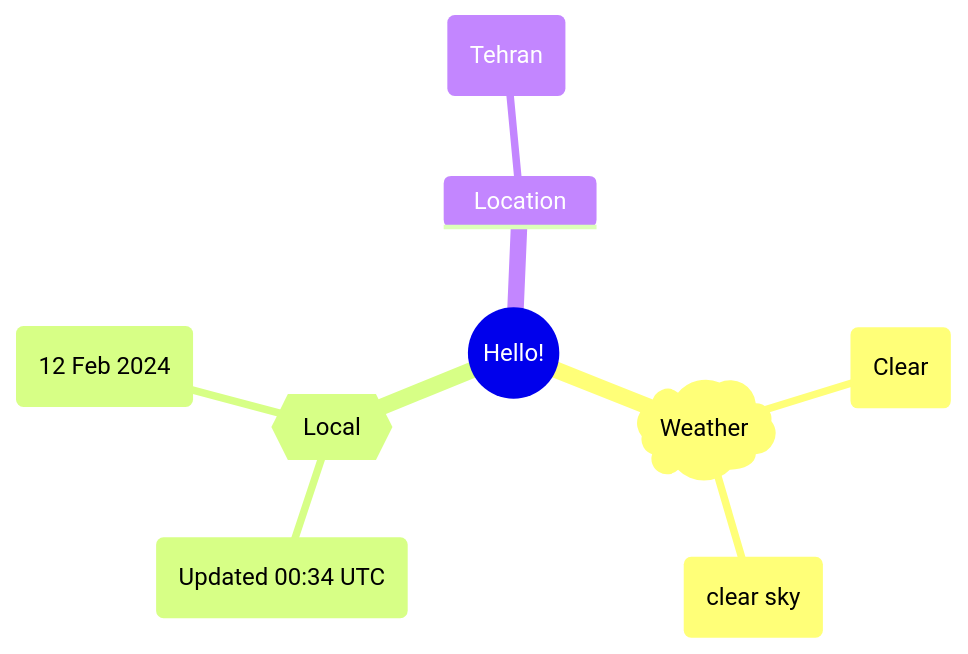
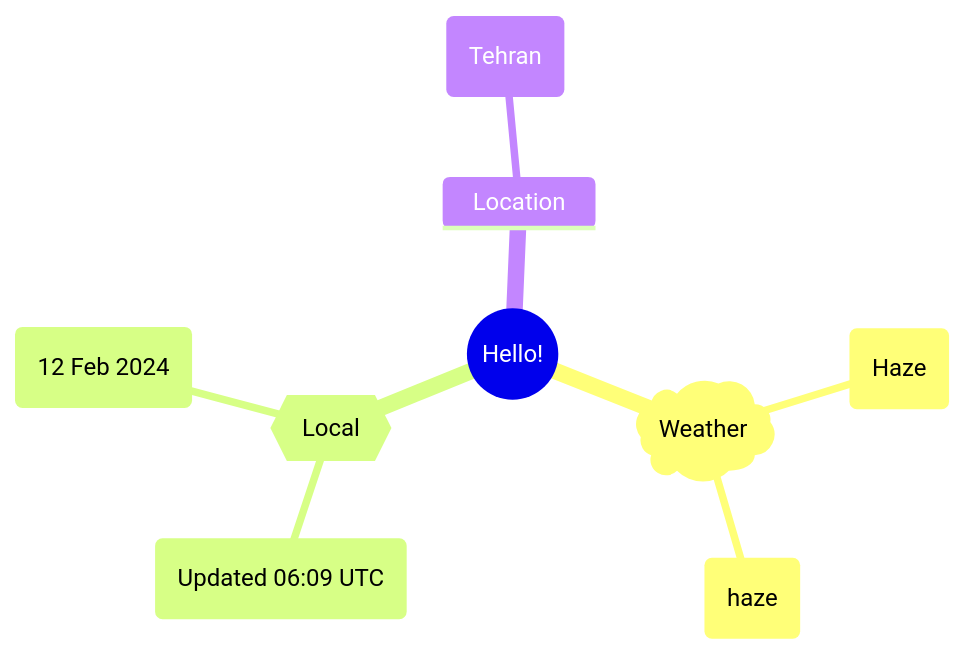
One commit to Xosrov/Xosrov changed the first of 2 diagrams in README.md. Above: the diagram before and after it, drawn with Mermaid.

Commit message:
[bot] updated images

````diff
--- a/README.md
+++ b/README.md
@@ -3,12 +3,12 @@
 ```mermaid
 mindmap
   root((Hello!))
     )Weather(
-        (Clear)
-        (clear sky)
+        (Haze)
+        (haze)
     {{Local}}
-        (Updated 00:34 UTC)
+        (Updated 06:09 UTC)
         (12 Feb 2024)
     Location
         (Tehran)
 ```
````
